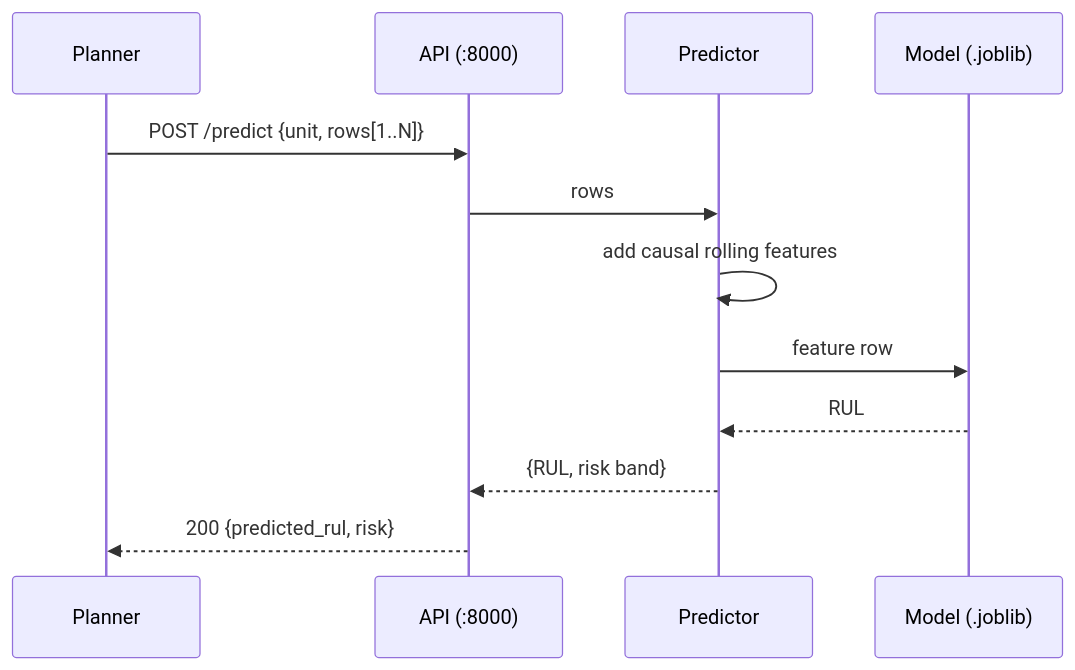
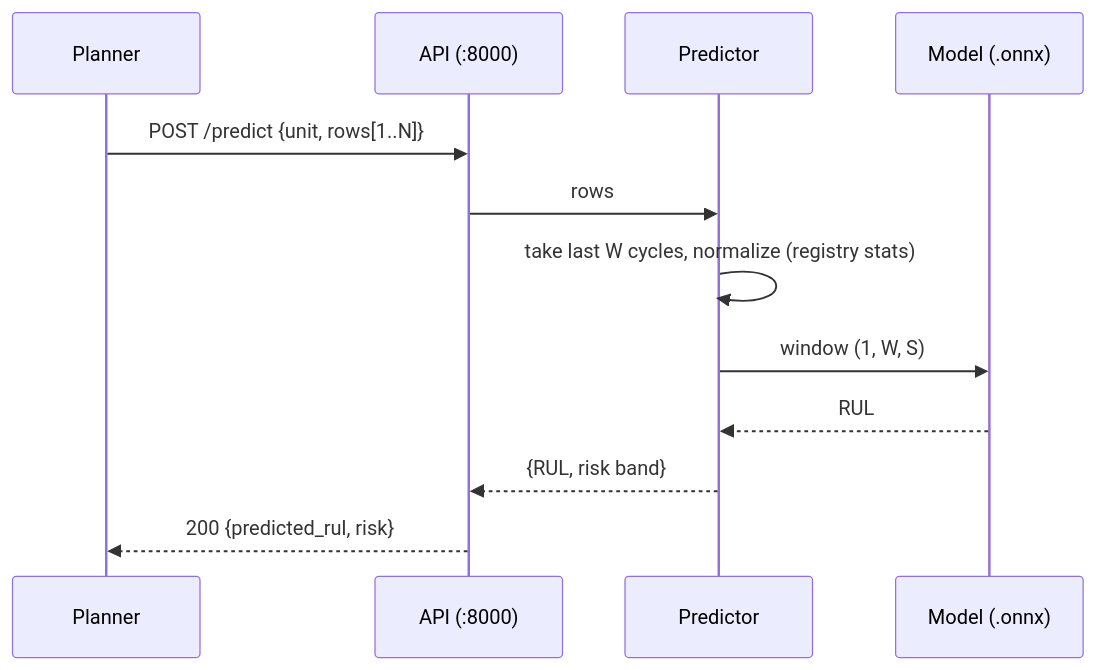
One commit to TimBoleslawsky/ai-architecture changed the fifth of 7 diagrams in 01-predictive-maintenance/docs/arc42.md. Above: the diagram before and after it, drawn with Mermaid. The commit also changed other lines of this file and 21 other files, not shown here.

````diff
--- a/01-predictive-maintenance/docs/arc42.md
+++ b/01-predictive-maintenance/docs/arc42.md
@@ -134,14 +137,14 @@
 ```mermaid
 sequenceDiagram
     participant U as Planner
     participant A as API (:8000)
     participant P as Predictor
-    participant M as Model (.joblib)
+    participant M as Model (.onnx)
     U->>A: POST /predict {unit, rows[1..N]}
     A->>P: rows
-    P->>P: add causal rolling features
-    P->>M: feature row
+    P->>P: take last W cycles, normalize (registry stats)
+    P->>M: window (1, W, S)
     M-->>P: RUL
     P-->>A: {RUL, risk band}
     A-->>U: 200 {predicted_rul, risk}
 ```
````
